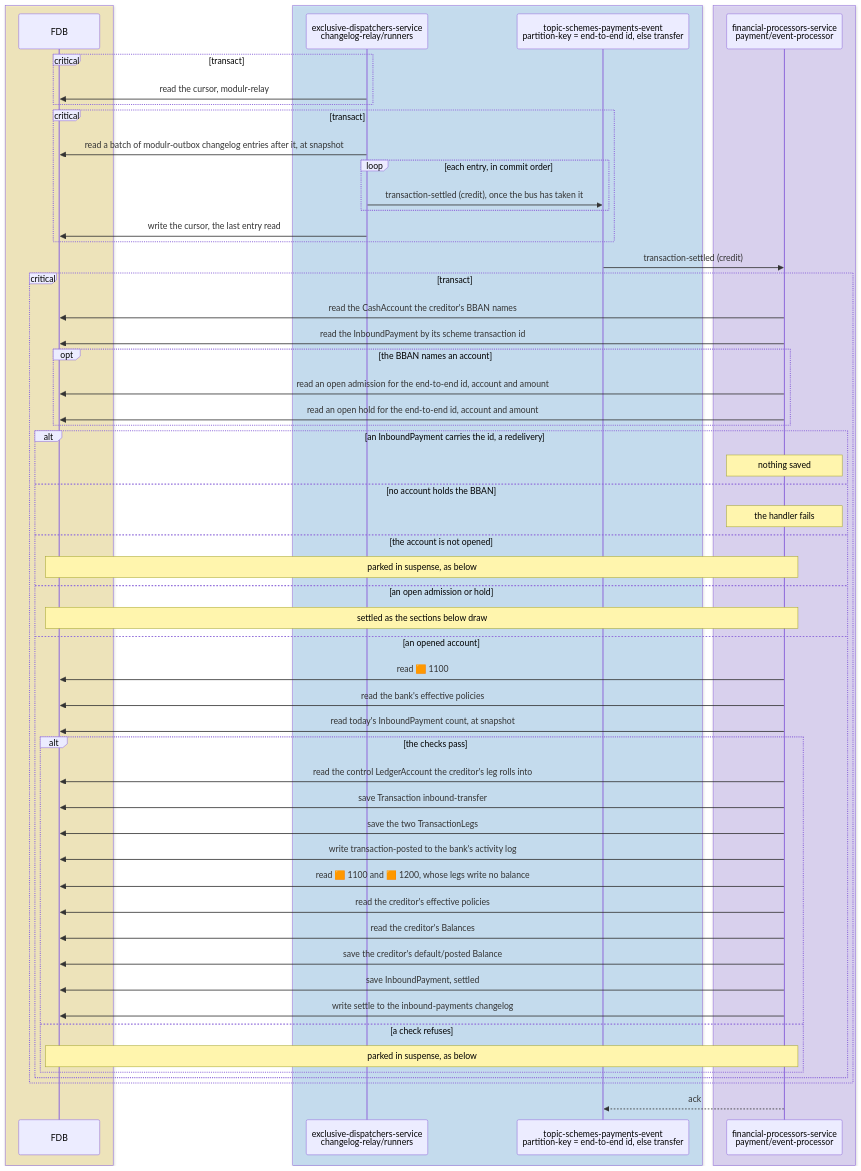
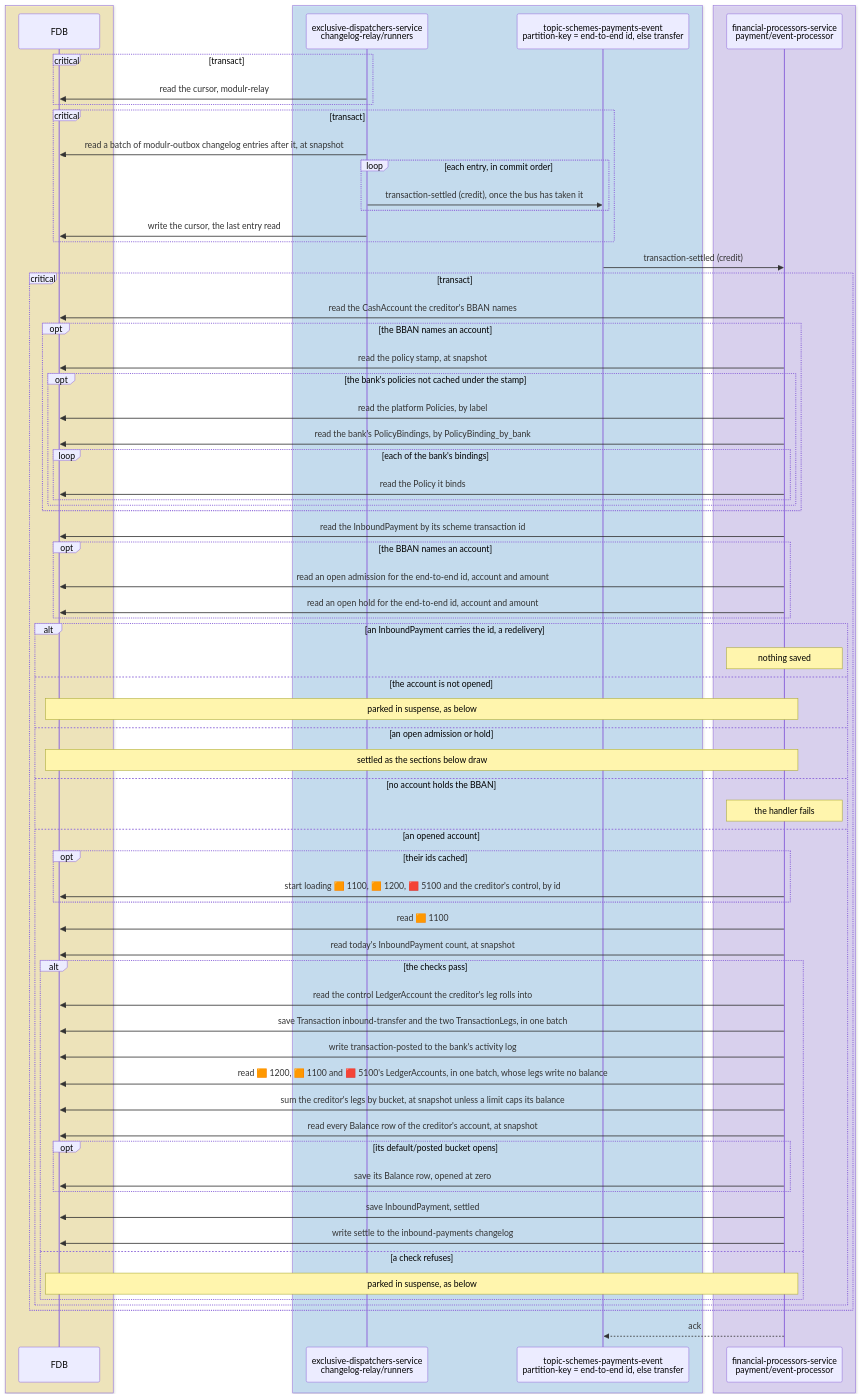
Before and after one commit to repldriven/queenswood: the third of 15 diagrams in docs/tdd/payments-inbound.md, drawn with Mermaid. The commit also changed other lines of this file and 29 other files, not shown here.

````diff
--- a/docs/tdd/payments-inbound.md
+++ b/docs/tdd/payments-inbound.md
@@ -149,60 +152,73 @@
 ```mermaid
 sequenceDiagram
     box rgba(255, 236, 153, 0.5)
     participant DB as FDB
     end
     box rgba(165, 216, 255, 0.45)
     participant OR as exclusive-dispatchers-service<br/>changelog-relay/runners
     participant SE as topic-schemes-payments-event<br/>partition-key = end-to-end id, else transfer
     end
     box rgba(208, 191, 255, 0.45)
     participant PE as financial-processors-service<br/>payment/event-processor
     end
     critical transact
     OR->>DB: read the cursor, modulr-relay
     end
     critical transact
     OR->>DB: read a batch of modulr-outbox changelog entries after it, at snapshot
     loop each entry, in commit order
     OR->>SE: transaction-settled (credit), once the bus has taken it
     end
     OR->>DB: write the cursor, the last entry read
     end
     SE->>PE: transaction-settled (credit)
     critical transact
     PE->>DB: read the CashAccount the creditor's BBAN names
+    opt the BBAN names an account
+    PE->>DB: read the policy stamp, at snapshot
+    opt the bank's policies not cached under the stamp
+    PE->>DB: read the platform Policies, by label
+    PE->>DB: read the bank's PolicyBindings, by PolicyBinding_by_bank
+    loop each of the bank's bindings
+    PE->>DB: read the Policy it binds
+    end
+    end
+    end
     PE->>DB: read the InboundPayment by its scheme transaction id
     opt the BBAN names an account
     PE->>DB: read an open admission for the end-to-end id, account and amount
     PE->>DB: read an open hold for the end-to-end id, account and amount
     end
     alt an InboundPayment carries the id, a redelivery
     Note over PE: nothing saved
-    else no account holds the BBAN
-    Note over PE: the handler fails
     else the account is not opened
     Note over PE,DB: parked in suspense, as below
     else an open admission or hold
     Note over PE,DB: settled as the sections below draw
+    else no account holds the BBAN
+    Note over PE: the handler fails
     else an opened account
+    opt their ids cached
+    PE->>DB: start loading 🟧 1100, 🟧 1200, 🟥 5100 and the creditor's control, by id
+    end
     PE->>DB: read 🟧 1100
-    PE->>DB: read the bank's effective policies
     PE->>DB: read today's InboundPayment count, at snapshot
     alt the checks pass
     PE->>DB: read the control LedgerAccount the creditor's leg rolls into
-    PE->>DB: save Transaction inbound-transfer
-    PE->>DB: save the two TransactionLegs
+    PE->>DB: save Transaction inbound-transfer and the two TransactionLegs, in one batch
     PE->>DB: write transaction-posted to the bank's activity log
-    PE->>DB: read 🟧 1100 and 🟧 1200, whose legs write no balance
-    PE->>DB: read the creditor's effective policies
-    PE->>DB: read the creditor's Balances
-    PE->>DB: save the creditor's default/posted Balance
+    PE->>DB: read 🟧 1200, 🟧 1100 and 🟥 5100's LedgerAccounts, in one batch, whose legs write no balance
+    PE->>DB: sum the creditor's legs by bucket, at snapshot unless a limit caps its balance
+    PE->>DB: read every Balance row of the creditor's account, at snapshot
+    opt its default/posted bucket opens
+    PE->>DB: save its Balance row, opened at zero
+    end
     PE->>DB: save InboundPayment, settled
     PE->>DB: write settle to the inbound-payments changelog
     else a check refuses
     Note over PE,DB: parked in suspense, as below
     end
     end
     end
     PE-->>SE: ack
 ```
````
